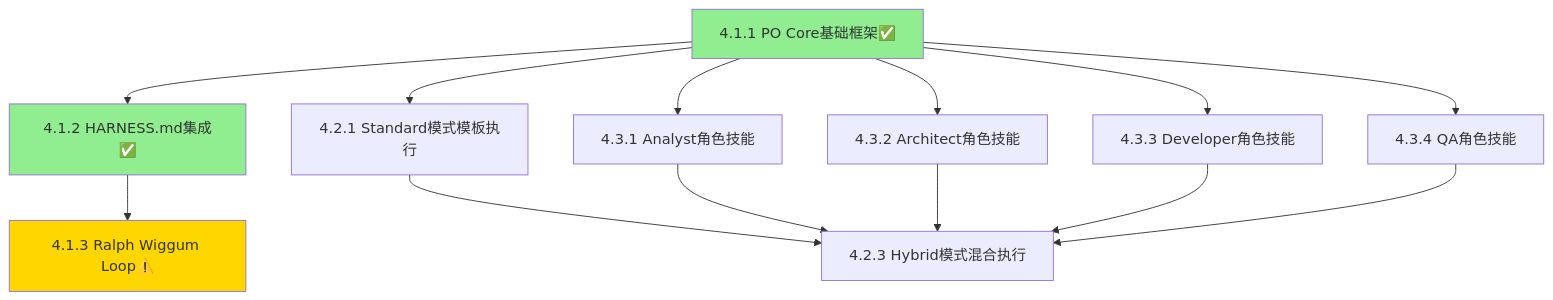
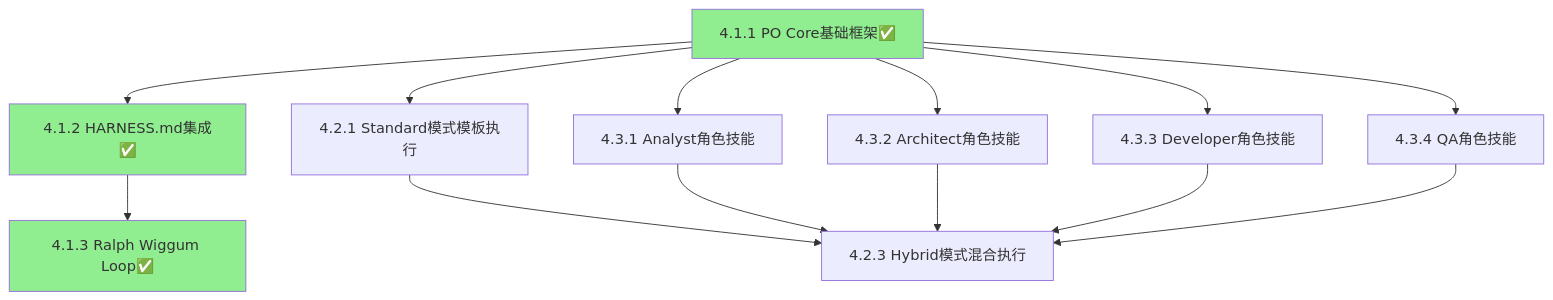
The diagram in openspec/changes/po-system-implementation/README.md (wanghaisheng/openworkhorse), drawn with Mermaid before and after one commit. The commit also changed other lines of this file and 2 other files, not shown here.

First line of the commit message:
完成Milestone 4.1.3: Ralph Wiggum Loop（技能级实现）

````diff
--- a/openspec/changes/po-system-implementation/README.md
+++ b/openspec/changes/po-system-implementation/README.md
@@ -196,19 +196,19 @@
 ```mermaid
 graph TD
     A[4.1.1 PO Core基础框架✅] --> B[4.1.2 HARNESS.md集成✅]
+    B --> H[4.1.3 Ralph Wiggum Loop✅]
     A --> C[4.2.1 Standard模式模板执行]
     A --> D[4.3.1 Analyst角色技能]
     A --> E[4.3.2 Architect角色技能]
     A --> F[4.3.3 Developer角色技能]
     A --> G[4.3.4 QA角色技能]
-    B --> H[4.1.3 Ralph Wiggum Loop⚠️]
     C --> I[4.2.3 Hybrid模式混合执行]
     D --> I
     E --> I
     F --> I
     G --> I
     
     style A fill:#90EE90
     style B fill:#90EE90
-    style H fill:#FFD700
+    style H fill:#90EE90
 ```
````
